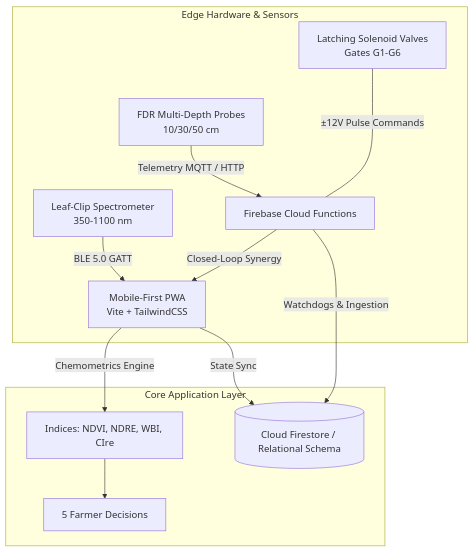
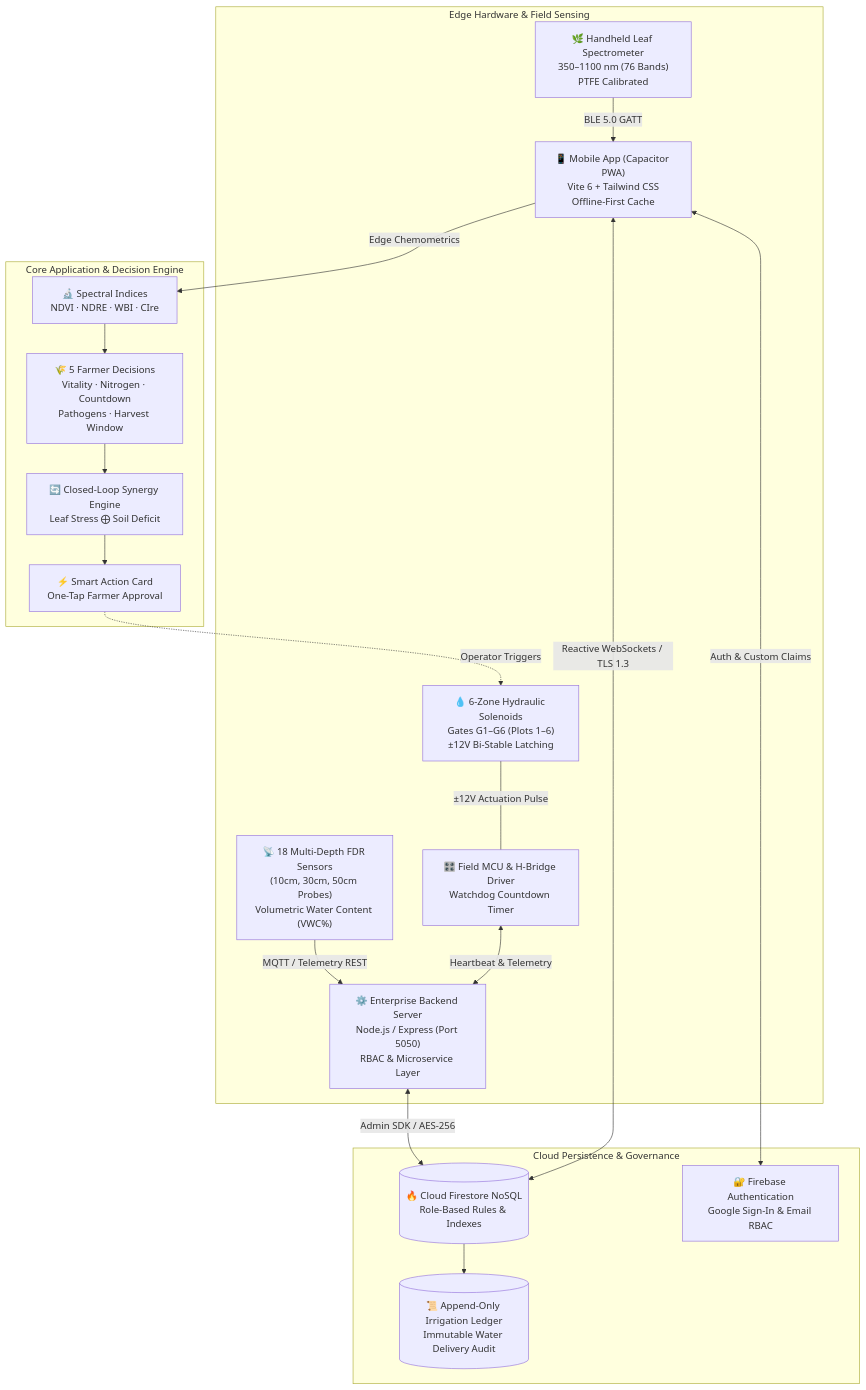
The diagram in README.md (harshith1432/agricultural-equipment-water-irrigation), drawn with Mermaid before and after one commit. The commit also changed other lines of this file and 97 other files, not shown here.

Commit message:
feat: enterprise precision agriculture platform with native Android app, Firebase Auth, and CI/CD pipeline

````diff
--- a/README.md
+++ b/README.md
@@ -60,16 +31,25 @@
 ```mermaid
 flowchart TD
-    subgraph Edge Hardware & Sensors
-        A[Leaf-Clip Spectrometer<br>350-1100 nm] -->|BLE 5.0 GATT| PWA[Mobile-First PWA<br>Vite + TailwindCSS]
-        B[FDR Multi-Depth Probes<br>10/30/50 cm] -->|Telemetry MQTT / HTTP| CF[Firebase Cloud Functions]
-        C[Latching Solenoid Valves<br>Gates G1-G6] <---|±12V Pulse Commands| CF
+    subgraph Edge Hardware & Field Sensing
+        SPEC["🌿 Handheld Leaf Spectrometer<br>350–1100 nm (76 Bands)<br>PTFE Calibrated"] -->|BLE 5.0 GATT| PWA["📱 Mobile App (Capacitor PWA)<br>Vite 6 + Tailwind CSS<br>Offline-First Cache"]
+        FDR["📡 18 Multi-Depth FDR Sensors<br>(10cm, 30cm, 50cm Probes)<br>Volumetric Water Content (VWC%)"] -->|MQTT / Telemetry REST| BACKEND["⚙️ Enterprise Backend Server<br>Node.js / Express (Port 5050)<br>RBAC & Microservice Layer"]
+        VALVES["💧 6-Zone Hydraulic Solenoids<br>Gates G1–G6 (Plots 1–6)<br>±12V Bi-Stable Latching"] <---|±12V Actuation Pulse| MCU["🎛️ Field MCU & H-Bridge Driver<br>Watchdog Countdown Timer"]
     end
 
-    subgraph Core Application Layer
-        PWA -->|Chemometrics Engine| IND[Indices: NDVI, NDRE, WBI, CIre]
-        IND --> DEC[5 Farmer Decisions]
-        PWA -->|State Sync| FS[(Cloud Firestore / Relational Schema)]
-        CF -->|Watchdogs & Ingestion| FS
-        CF -->|Closed-Loop Synergy| PWA
+    subgraph Core Application & Decision Engine
+        PWA -->|Edge Chemometrics| INDICES["🔬 Spectral Indices<br>NDVI · NDRE · WBI · CIre"]
+        INDICES --> DECISIONS["🌾 5 Farmer Decisions<br>Vitality · Nitrogen · Countdown<br>Pathogens · Harvest Window"]
+        DECISIONS --> SYNERGY["🔄 Closed-Loop Synergy Engine<br>Leaf Stress ⨁ Soil Deficit"]
+        SYNERGY --> ACTION["⚡ Smart Action Card<br>One-Tap Farmer Approval"]
     end
+
+    subgraph Cloud Persistence & Governance
+        PWA <-->|Reactive WebSockets / TLS 1.3| FIRESTORE[("🔥 Cloud Firestore NoSQL<br>Role-Based Rules & Indexes")]
+        BACKEND <-->|Admin SDK / AES-256| FIRESTORE
+        FIRESTORE --> LEDGER[("📜 Append-Only Irrigation Ledger<br>Immutable Water Delivery Audit")]
+        PWA <-->|Auth & Custom Claims| FBAUTH["🔐 Firebase Authentication<br>Google Sign-In & Email RBAC"]
+    end
+
+    MCU <-->|Heartbeat & Telemetry| BACKEND
+    ACTION -.->|Operator Triggers| VALVES
 ```
````
